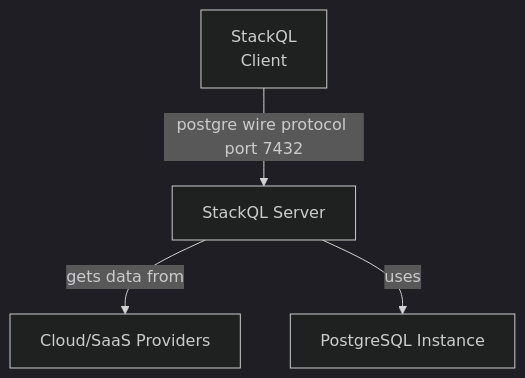
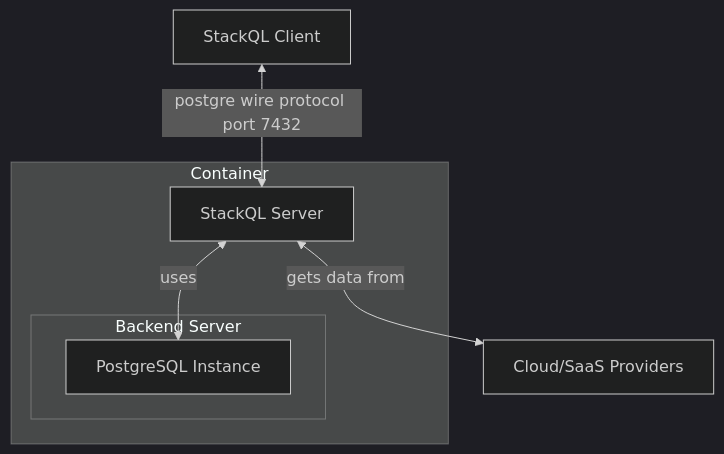
One commit to stackql/stackql-server changed the diagram in README.md. Above: the diagram before and after it, drawn with Mermaid (dark theme).

````diff
--- a/README.md
+++ b/README.md
@@ -10,8 +10,12 @@
 ```mermaid
 graph TD;
-    B[StackQL Server];
-    C[PostgreSQL Instance];
-    A[StackQL\nClient] -- postgre wire protocol port 7432 --> B;
-    B -- gets data from --> E[Cloud/SaaS Providers];
-    B -- uses --> C;
+    subgraph Container;
+        B[StackQL Server];
+        subgraph Backend Server;
+            C[PostgreSQL Instance];
+        end;
+    end;
+    A[StackQL Client] <-- postgre wire protocol port 7432 --> B;
+    B <-- gets data from --> E[Cloud/SaaS Providers];
+    B <-- uses --> C;
 ```
````
